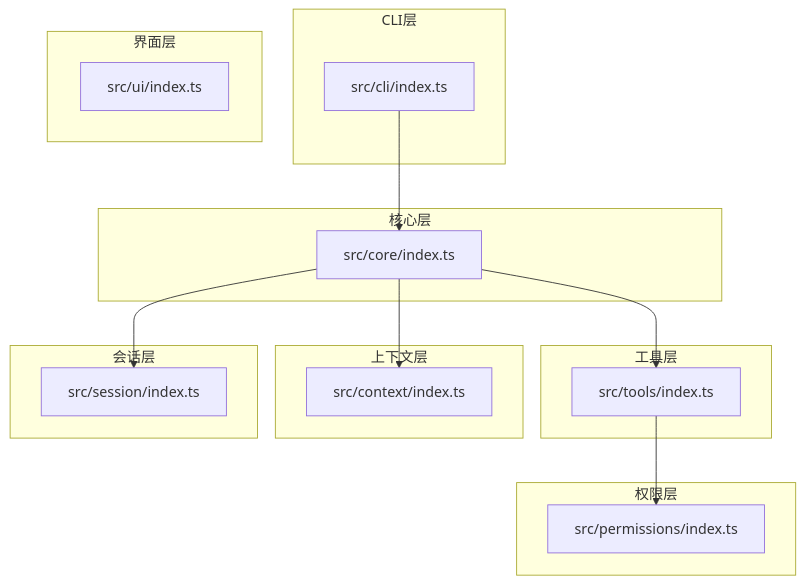
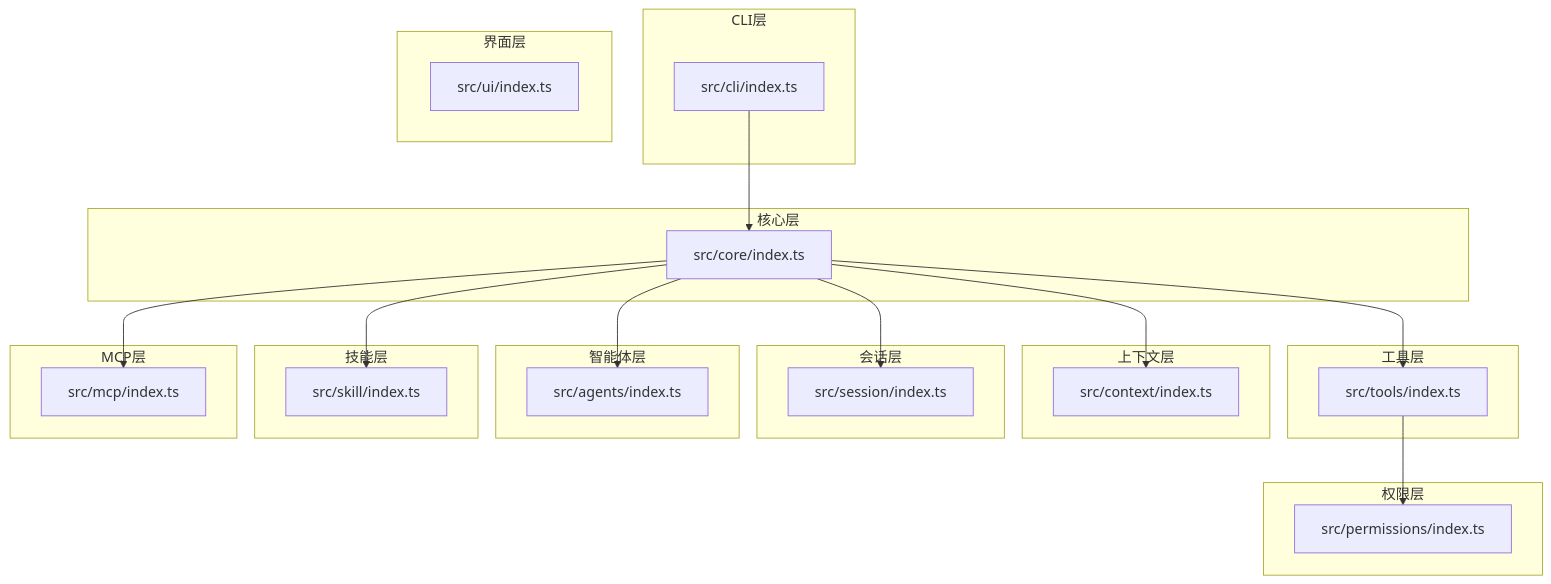
The first of 7 diagrams in .qoder/repowiki/zh/content/API参考/工具模块API.md (SSZero-670/easy-agent-cli), drawn with Mermaid before and after one commit. The commit also changed other lines of this file and 9 other files, not shown here.

````diff
--- a/.qoder/repowiki/zh/content/API参考/工具模块API.md
+++ b/.qoder/repowiki/zh/content/API参考/工具模块API.md
@@ -35,29 +38,41 @@
 ```mermaid
 graph TB
 subgraph "CLI层"
 CLI["src/cli/index.ts"]
 end
 subgraph "核心层"
 CORE["src/core/index.ts"]
 end
 subgraph "工具层"
 TOOLS["src/tools/index.ts"]
 end
 subgraph "权限层"
 PERM["src/permissions/index.ts"]
 end
 subgraph "上下文层"
 CTX["src/context/index.ts"]
 end
 subgraph "会话层"
 SESS["src/session/index.ts"]
 end
 subgraph "界面层"
 UI["src/ui/index.ts"]
 end
+subgraph "智能体层"
+AGENTS["src/agents/index.ts"]
+end
+subgraph "技能层"
+SKILL["src/skill/index.ts"]
+end
+subgraph "MCP层"
+MCP["src/mcp/index.ts"]
+end
 CLI --> CORE
 CORE --> TOOLS
 CORE --> CTX
 CORE --> SESS
+CORE --> AGENTS
+CORE --> SKILL
+CORE --> MCP
 TOOLS --> PERM
 ```
````
